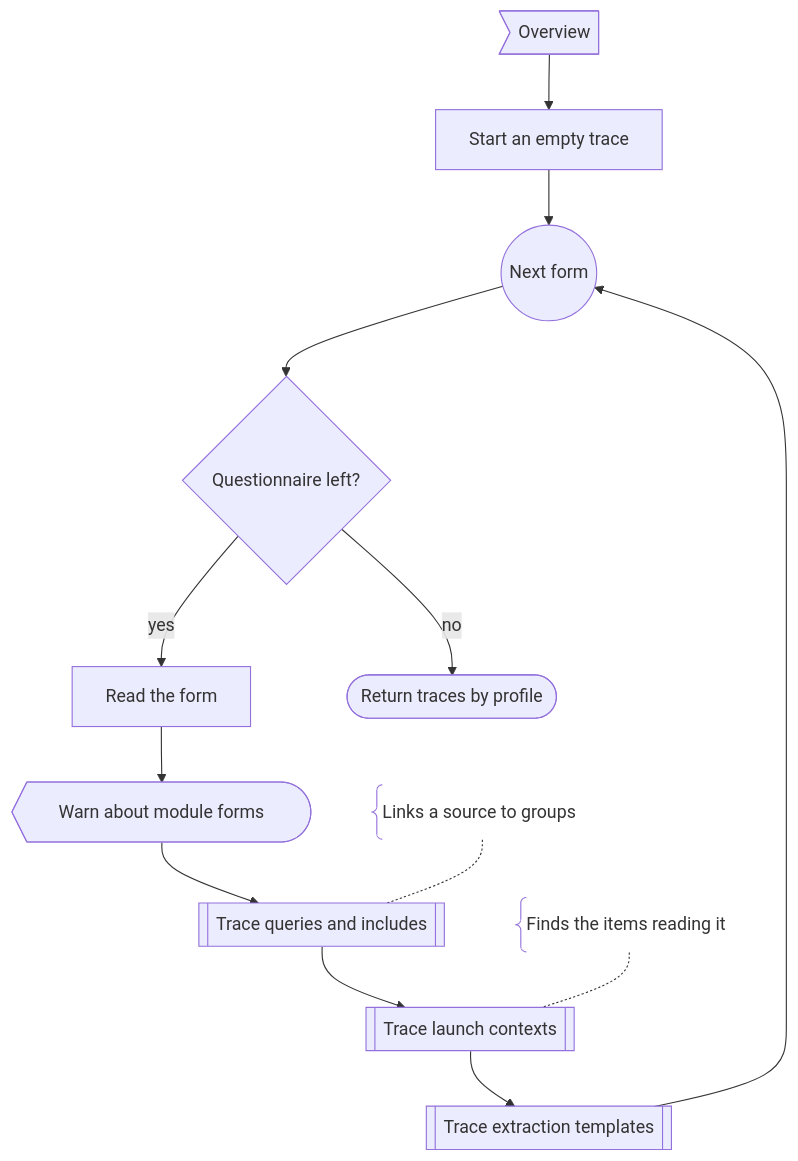
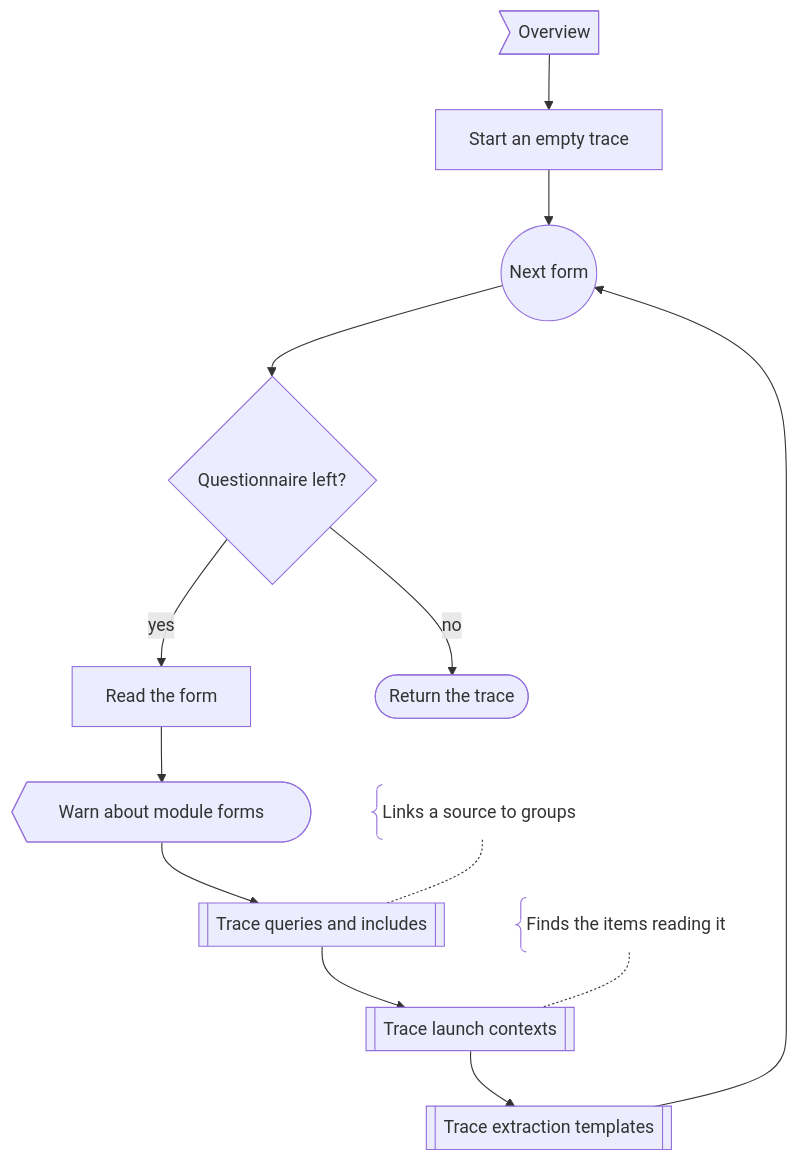
Before and after one commit to hl7au/inferno_suite_generator: the second of 6 diagrams in documentation/questionnaire_usage_tracing.md, drawn with Mermaid. The commit also changed other lines of this file and 11 other files, not shown here.

````diff
--- a/documentation/questionnaire_usage_tracing.md
+++ b/documentation/questionnaire_usage_tracing.md
@@ -80,27 +80,27 @@
 ```mermaid
 flowchart TD
     n0>"Overview"]
     n1["Start an empty trace"]
     n2(("Next form"))
     n3{"Questionnaire left?"}
     n4["Read the form"]
     n5@{ shape: curv-trap, label: "Warn about module forms" }
     n6[["Trace queries and includes"]]
     n7[["Trace launch contexts"]]
     n8[["Trace extraction templates"]]
-    n9(["Return traces by profile"])
+    n9(["Return the trace"])
     n10@{ shape: brace, label: "Links a source to groups" }
     n11@{ shape: brace, label: "Finds the items reading it" }
     n0 --> n1
     n1 --> n2
     n2 --> n3
     n3 -->|"yes"| n4
     n3 -->|"no"| n9
     n4 --> n5
     n5 --> n6
     n6 --> n7
     n7 --> n8
     n8 --> n2
     n10 -.- n6
     n11 -.- n7
 ```
````
